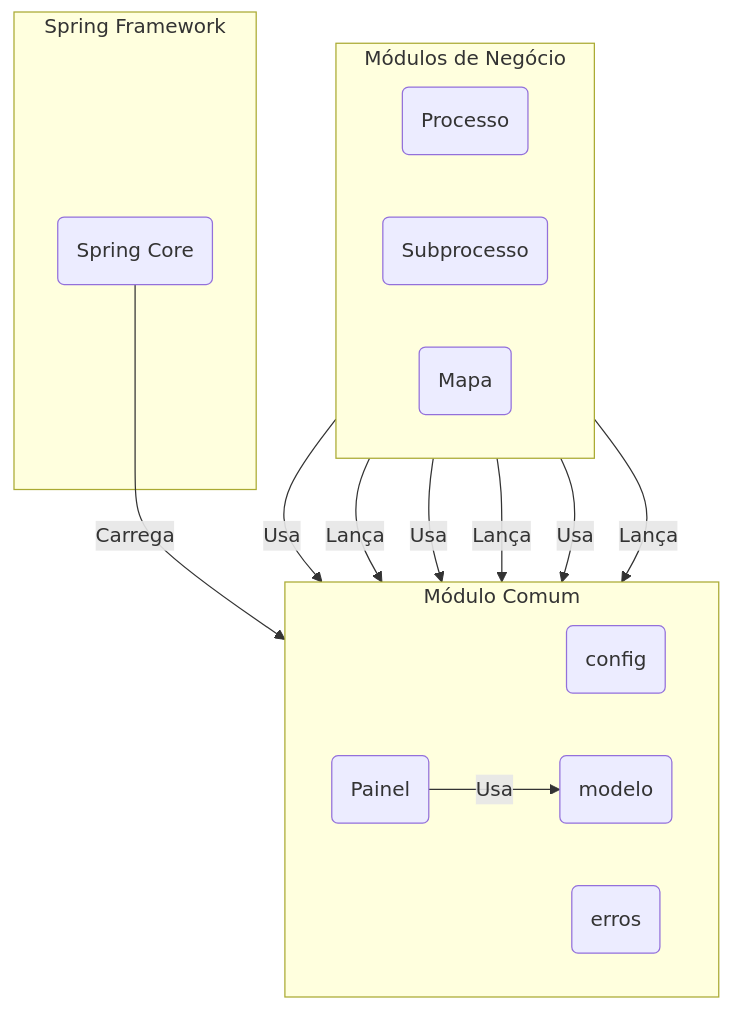
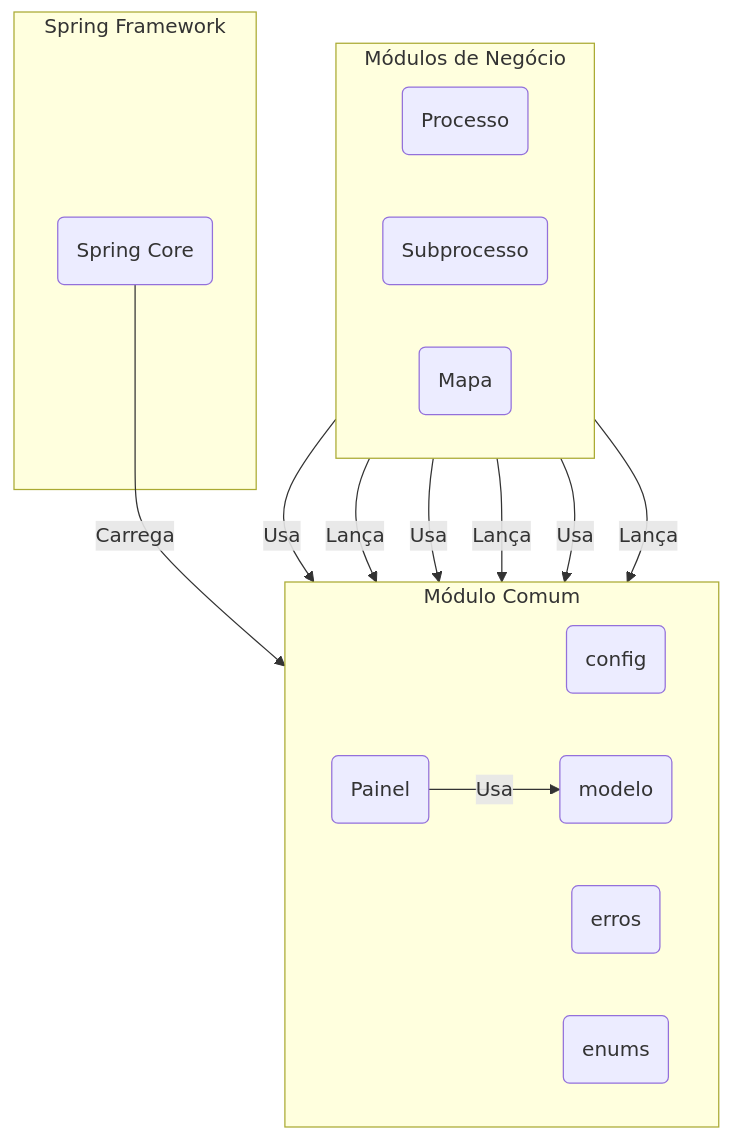
One commit to lgalvao/sgc changed the diagram in backend/src/main/java/sgc/comum/README.md. Above: the diagram before and after it, drawn with Mermaid. The commit also changed other lines of this file and 15 other files, not shown here.

First line of the commit message:
docs: Update all backend READMEs and add Mermaid diagrams

````diff
--- a/backend/src/main/java/sgc/comum/README.md
+++ b/backend/src/main/java/sgc/comum/README.md
@@ -21,32 +22,33 @@
 ```mermaid
 graph TD
     subgraph "Módulos de Negócio"
         direction LR
         Processo(Processo)
         Subprocesso(Subprocesso)
         Mapa(Mapa)
     end
 
     subgraph "Módulo Comum"
         direction LR
         Config(config)
         Erros(erros)
         Modelo(modelo)
         Painel(Painel)
+        Enums(enums)
     end
 
     subgraph "Spring Framework"
         Spring(Spring Core)
     end
 
     Processo -- Usa --> Modelo
     Processo -- Lança --> Erros
     Subprocesso -- Usa --> Modelo
     Subprocesso -- Lança --> Erros
     Mapa -- Usa --> Modelo
     Mapa -- Lança --> Erros
 
     Painel -- Usa --> Modelo
 
     Spring -- Carrega --> Config
 ```
````
